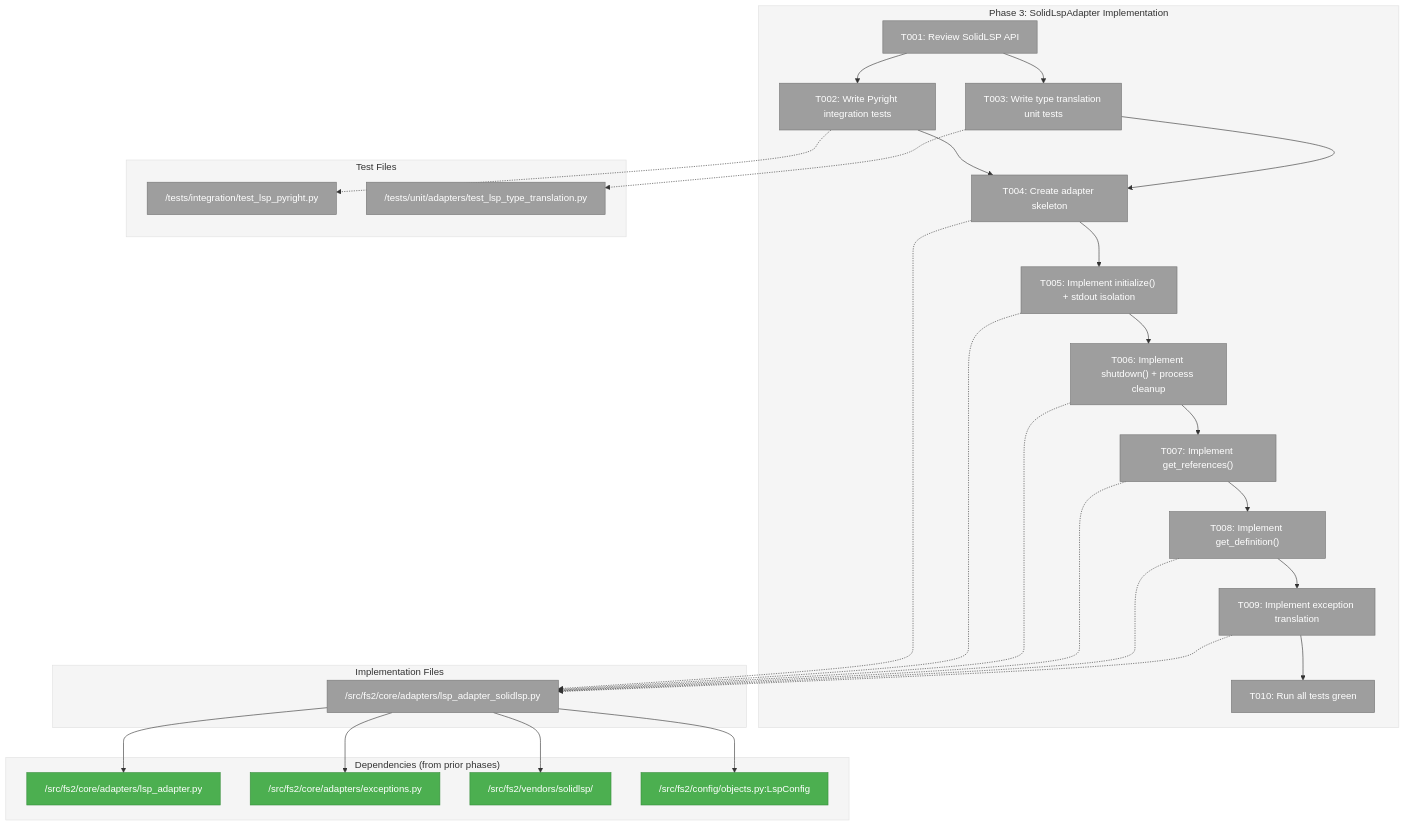
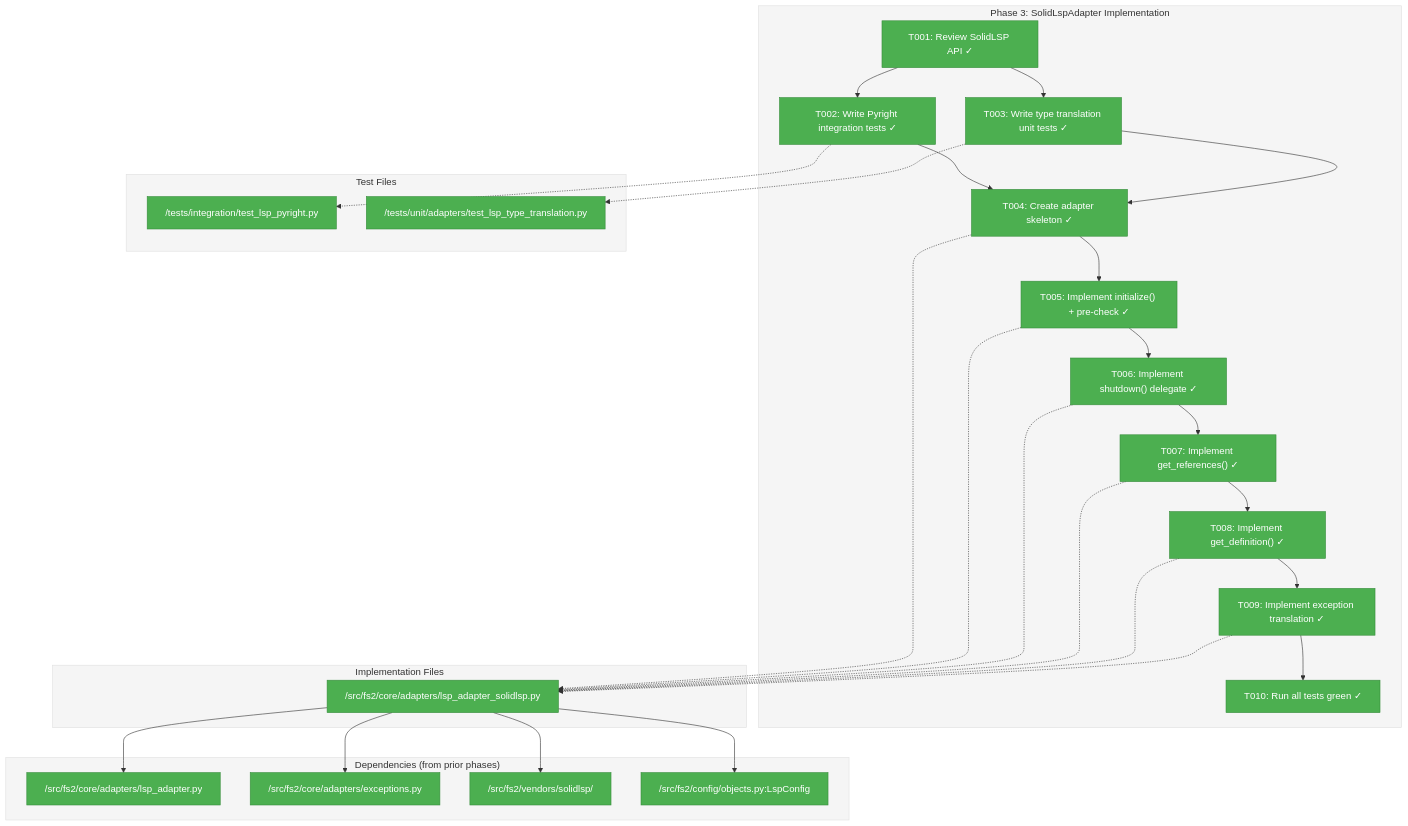
One commit to AI-Substrate/flow_squared changed the first of 3 diagrams in docs/plans/025-lsp-research/tasks/phase-3-solidlspadapter-implementation/tasks.md. Above: the diagram before and after it, drawn with Mermaid. The commit also changed other lines of this file and 8 other files, not shown here.

First line of the commit message:
feat: Implement SolidLspAdapter for LSP integration with SolidLSP library

````diff
--- a/docs/plans/025-lsp-research/tasks/phase-3-solidlspadapter-implementation/tasks.md
+++ b/docs/plans/025-lsp-research/tasks/phase-3-solidlspadapter-implementation/tasks.md
@@ -70,66 +70,66 @@
 ```mermaid
 flowchart TD
     classDef pending fill:#9E9E9E,stroke:#757575,color:#fff
     classDef inprogress fill:#FF9800,stroke:#F57C00,color:#fff
     classDef completed fill:#4CAF50,stroke:#388E3C,color:#fff
     classDef blocked fill:#F44336,stroke:#D32F2F,color:#fff
 
     style Phase fill:#F5F5F5,stroke:#E0E0E0
     style Tests fill:#F5F5F5,stroke:#E0E0E0
     style Impl fill:#F5F5F5,stroke:#E0E0E0
     style Deps fill:#F5F5F5,stroke:#E0E0E0
 
     subgraph Phase["Phase 3: SolidLspAdapter Implementation"]
-        T001["T001: Review SolidLSP API"]:::pending
-        T002["T002: Write Pyright integration tests"]:::pending
-        T003["T003: Write type translation unit tests"]:::pending
-        T004["T004: Create adapter skeleton"]:::pending
-        T005["T005: Implement initialize() + stdout isolation"]:::pending
-        T006["T006: Implement shutdown() + process cleanup"]:::pending
-        T007["T007: Implement get_references()"]:::pending
-        T008["T008: Implement get_definition()"]:::pending
-        T009["T009: Implement exception translation"]:::pending
-        T010["T010: Run all tests green"]:::pending
+        T001["T001: Review SolidLSP API ✓"]:::completed
+        T002["T002: Write Pyright integration tests ✓"]:::completed
+        T003["T003: Write type translation unit tests ✓"]:::completed
+        T004["T004: Create adapter skeleton ✓"]:::completed
+        T005["T005: Implement initialize() + pre-check ✓"]:::completed
+        T006["T006: Implement shutdown() delegate ✓"]:::completed
+        T007["T007: Implement get_references() ✓"]:::completed
+        T008["T008: Implement get_definition() ✓"]:::completed
+        T009["T009: Implement exception translation ✓"]:::completed
+        T010["T010: Run all tests green ✓"]:::completed
 
         T001 --> T002
         T001 --> T003
         T002 --> T004
         T003 --> T004
         T004 --> T005
         T005 --> T006
         T006 --> T007
         T007 --> T008
         T008 --> T009
         T009 --> T010
     end
 
     subgraph Tests["Test Files"]
-        F1["/tests/integration/test_lsp_pyright.py"]:::pending
-        F2["/tests/unit/adapters/test_lsp_type_translation.py"]:::pending
+        F1["/tests/integration/test_lsp_pyright.py"]:::completed
+        F2["/tests/unit/adapters/test_lsp_type_translation.py"]:::completed
     end
 
     subgraph Impl["Implementation Files"]
-        F3["/src/fs2/core/adapters/lsp_adapter_solidlsp.py"]:::pending
+        F3["/src/fs2/core/adapters/lsp_adapter_solidlsp.py"]:::completed
     end
 
     subgraph Deps["Dependencies (from prior phases)"]
         D1["/src/fs2/core/adapters/lsp_adapter.py"]:::completed
         D2["/src/fs2/core/adapters/exceptions.py"]:::completed
         D3["/src/fs2/vendors/solidlsp/"]:::completed
         D4["/src/fs2/config/objects.py:LspConfig"]:::completed
     end
 
     T002 -.-> F1
     T003 -.-> F2
     T004 -.-> F3
     T005 -.-> F3
     T006 -.-> F3
     T007 -.-> F3
     T008 -.-> F3
     T009 -.-> F3
 
     F3 --> D1
     F3 --> D2
     F3 --> D3
     F3 --> D4
 ```
````
